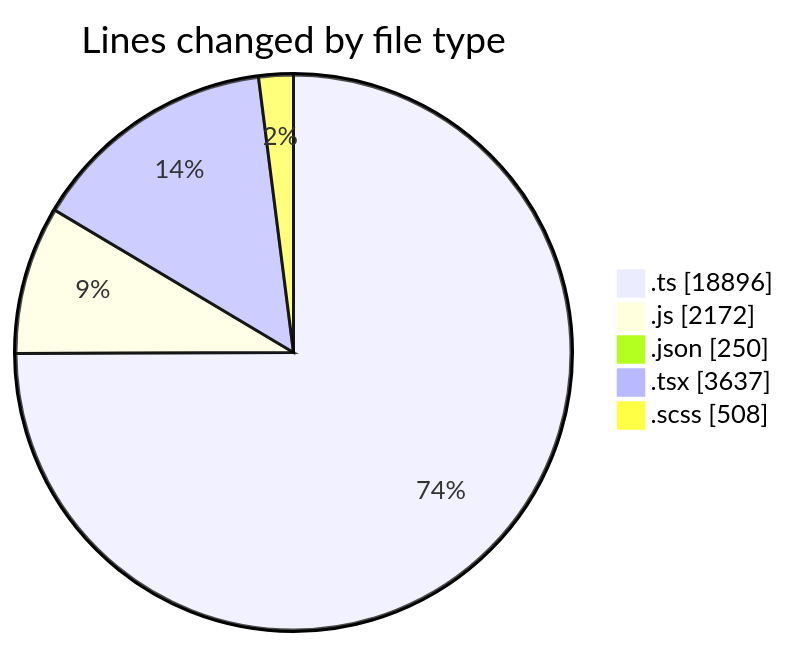
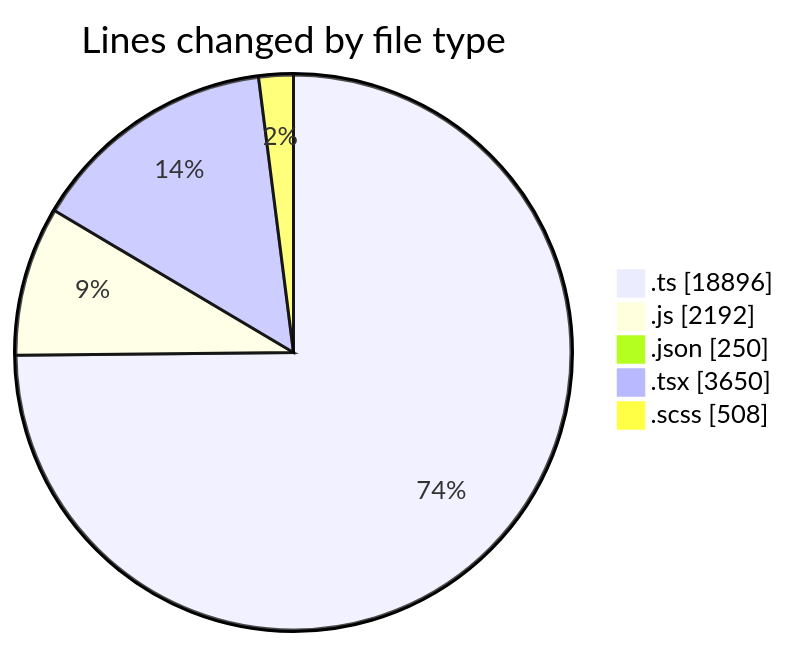
Before and after one commit to momahboobian/code-tracking: the first of 2 diagrams in 2026-06-18/cda/README.md, drawn with Mermaid. The commit also changed other lines of this file and 1 other file, not shown here.

````diff
--- a/2026-06-18/cda/README.md
+++ b/2026-06-18/cda/README.md
@@ -70,9 +70,9 @@
 ```mermaid
 pie showData
 title Lines changed by file type
 ".ts" : 18896
-".js" : 2172
+".js" : 2192
 ".json" : 250
-".tsx" : 3637
+".tsx" : 3650
 ".scss" : 508
 ```
````
